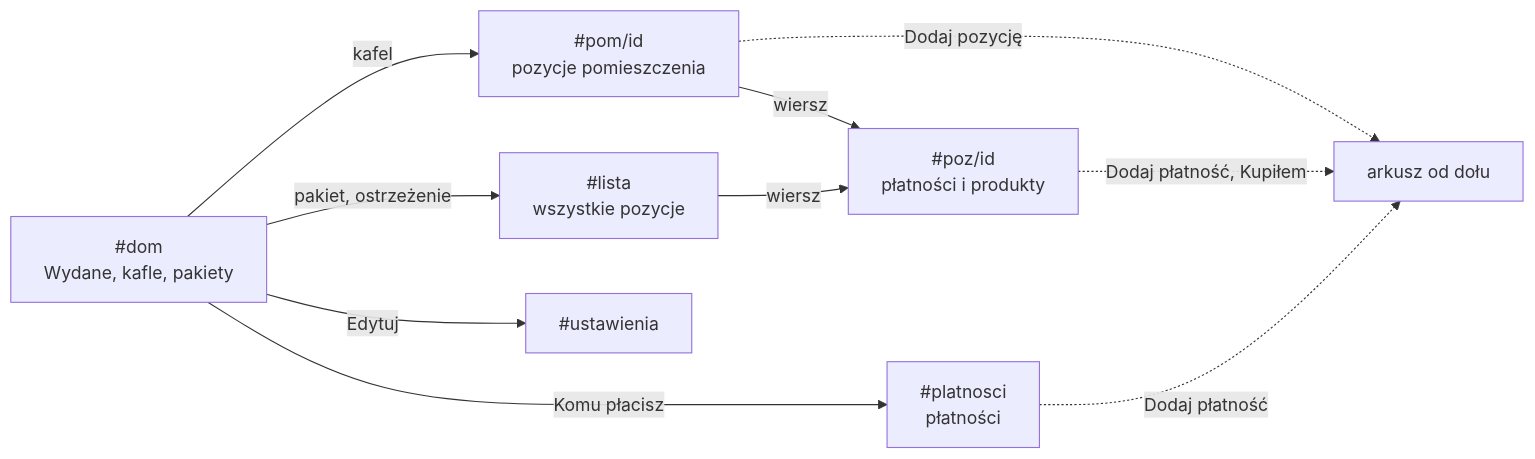
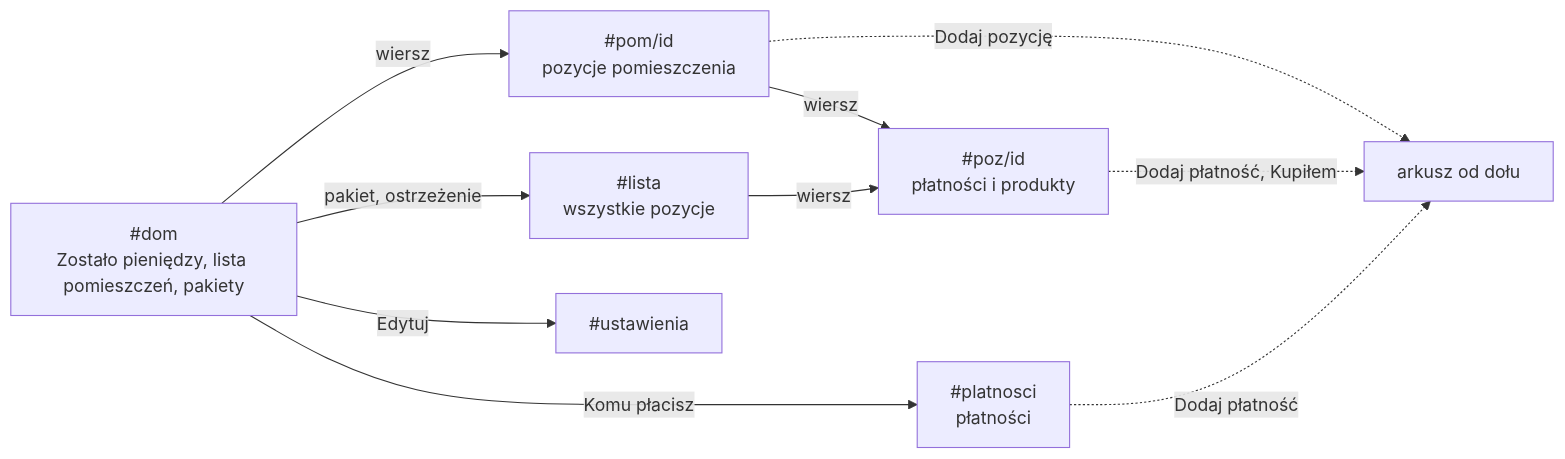
One commit to olgaerobert-code/koszty-domu changed the diagram in DESIGN.md. Above: the diagram before and after it, drawn with Mermaid. The commit also changed other lines of this file and 2 other files, not shown here.

First line of the commit message:
Ekran główny: jedna kwota „Zostało pieniędzy” i lista pomieszczeń zamiast kafli; w wierszach duże „zostało” i małe „wydane X z Y”

````diff
--- a/DESIGN.md
+++ b/DESIGN.md
@@ -153,12 +148,12 @@
 ```mermaid
 flowchart LR
-  Dom["#dom<br>Wydane, kafle, pakiety"] -->|kafel| Pom["#pom/id<br>pozycje pomieszczenia"]
+  Dom["#dom<br>Zostało pieniędzy, lista pomieszczeń, pakiety"] -->|wiersz| Pom["#pom/id<br>pozycje pomieszczenia"]
   Pom -->|wiersz| Poz["#poz/id<br>płatności i produkty"]
   Dom -->|pakiet, ostrzeżenie| Lista["#lista<br>wszystkie pozycje"]
   Lista -->|wiersz| Poz
   Dom -->|Komu płacisz| Plat["#platnosci<br>płatności"]
   Dom -->|Edytuj| Ust["#ustawienia"]
   Pom -.->|Dodaj pozycję| Ark["arkusz od dołu"]
   Poz -.->|Dodaj płatność, Kupiłem| Ark
   Plat -.->|Dodaj płatność| Ark
 ```
````
